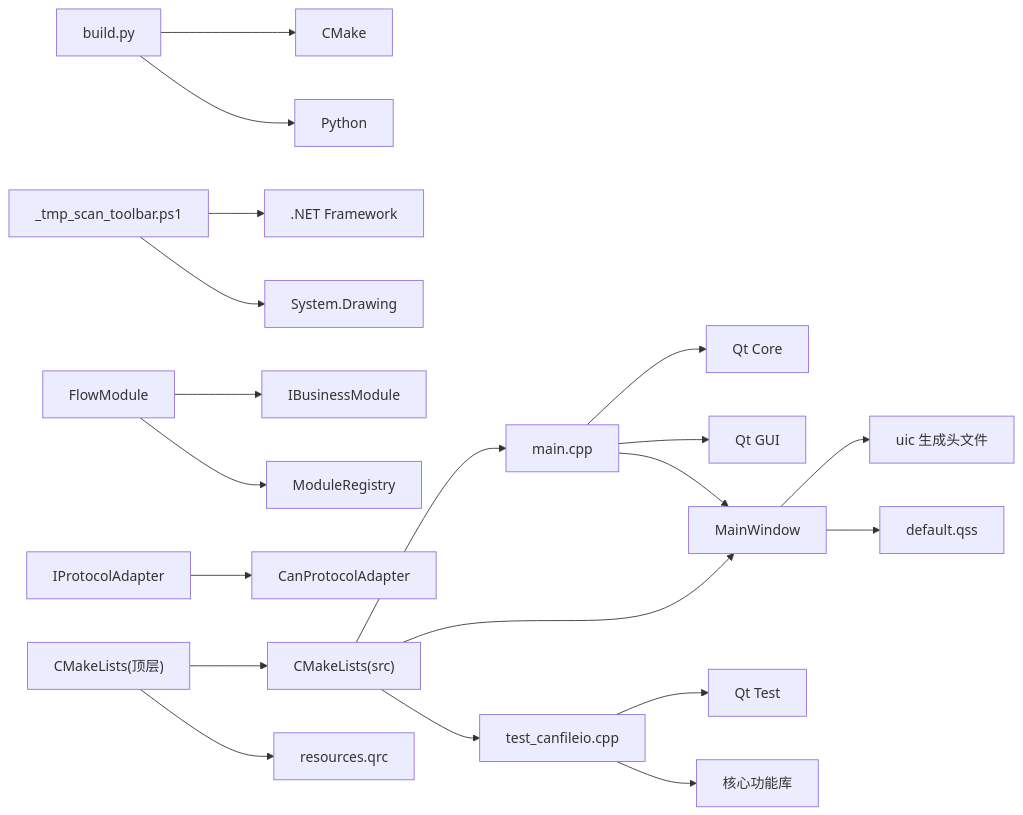
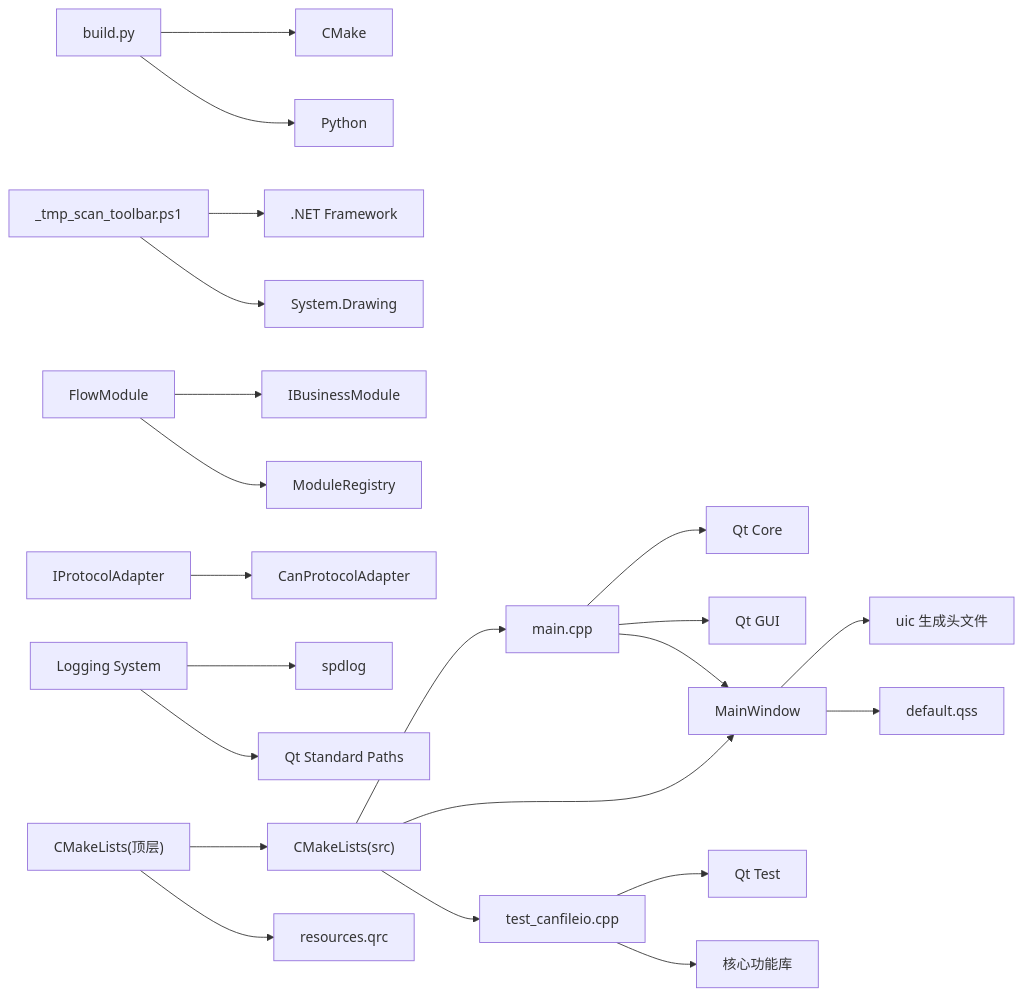
One commit to jakecai1225-design/OpenBus changed the fourth of 4 diagrams in .qoder/repowiki/zh/content/开发指南/开发指南.md. Above: the diagram before and after it, drawn with Mermaid. The commit also changed other lines of this file and 21 other files, not shown here.

````diff
--- a/.qoder/repowiki/zh/content/开发指南/开发指南.md
+++ b/.qoder/repowiki/zh/content/开发指南/开发指南.md
@@ -572,22 +664,24 @@
 ```mermaid
 graph LR
 MAIN["main.cpp"] --> QT_CORE["Qt Core"]
 MAIN --> QT_GUI["Qt GUI"]
 MAIN --> MW["MainWindow"]
 MW --> UI_HDR["uic 生成头文件"]
 MW --> QSS["default.qss"]
 TESTS["test_canfileio.cpp"] --> QT_TEST["Qt Test"]
 TESTS --> CORE_LIB["核心功能库"]
 BUILD["build.py"] --> CMAKE["CMake"]
 BUILD --> PYTHON["Python"]
 GUI_TEST["_tmp_scan_toolbar.ps1"] --> DOTNET[".NET Framework"]
 GUI_TEST --> IMAGE_LIB["System.Drawing"]
 MODULE["FlowModule"] --> IMODULE["IBusinessModule"]
 MODULE --> MODREG["ModuleRegistry"]
 PROTOCOL["IProtocolAdapter"] --> CANPROTO["CanProtocolAdapter"]
+LOGGING["Logging System"] --> SPDLOG["spdlog"]
+LOGGING --> QT_PATHS["Qt Standard Paths"]
 CMAKE_TOP["CMakeLists(顶层)"] --> CMAKE_SRC["CMakeLists(src)"]
 CMAKE_SRC --> MAIN
 CMAKE_SRC --> MW
 CMAKE_SRC --> TESTS
 CMAKE_TOP --> QRC["resources.qrc"]
 ```
````
